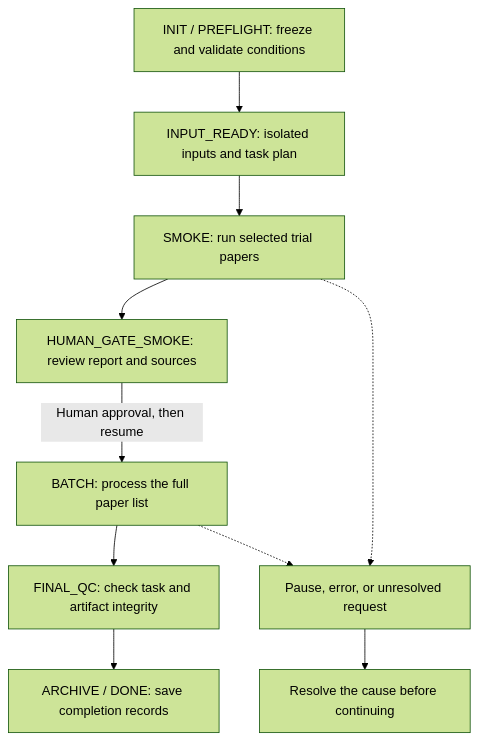
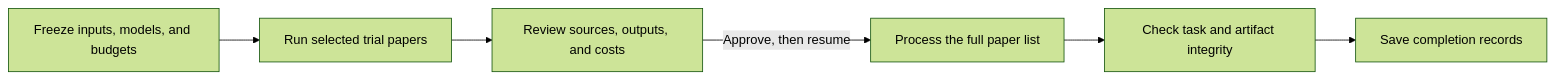
The second of 2 diagrams in README.md (Voss-zeji/LUMINA), drawn with Mermaid (forest theme) before and after one commit. The commit also changed other lines of this file and 1 other file, not shown here.

````diff
--- a/README.md
+++ b/README.md
@@ -103,12 +93,8 @@
 ```mermaid
-flowchart TD
-    Init["INIT / PREFLIGHT: freeze and validate conditions"] --> Ready["INPUT_READY: isolated inputs and task plan"]
-    Ready --> Smoke["SMOKE: run selected trial papers"]
-    Smoke --> Gate["HUMAN_GATE_SMOKE: review report and sources"]
-    Gate -->|"Human approval, then resume"| Batch["BATCH: process the full paper list"]
-    Batch --> QC["FINAL_QC: check task and artifact integrity"]
-    QC --> Archive["ARCHIVE / DONE: save completion records"]
-    Smoke -.-> Attention["Pause, error, or unresolved request"]
-    Batch -.-> Attention
-    Attention --> Human["Resolve the cause before continuing"]
+flowchart LR
+    Plan["Freeze inputs, models, and budgets"] --> Trial["Run selected trial papers"]
+    Trial --> Approval["Review sources, outputs, and costs"]
+    Approval -->|"Approve, then resume"| Batch["Process the full paper list"]
+    Batch --> QC["Check task and artifact integrity"]
+    QC --> Done["Save completion records"]
 ```
````
